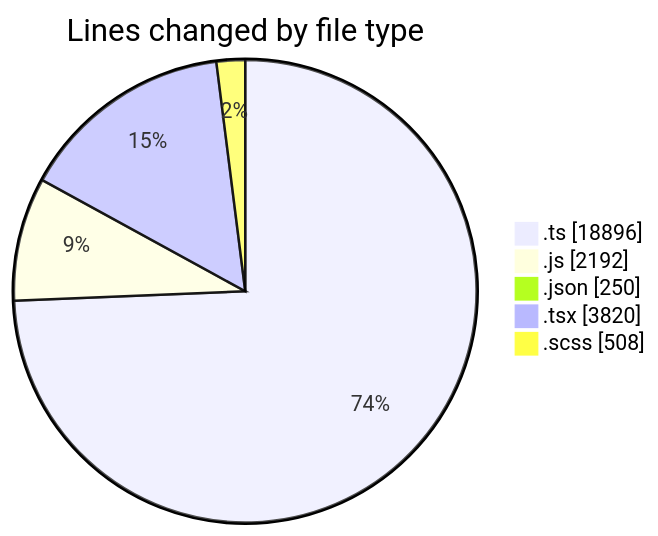
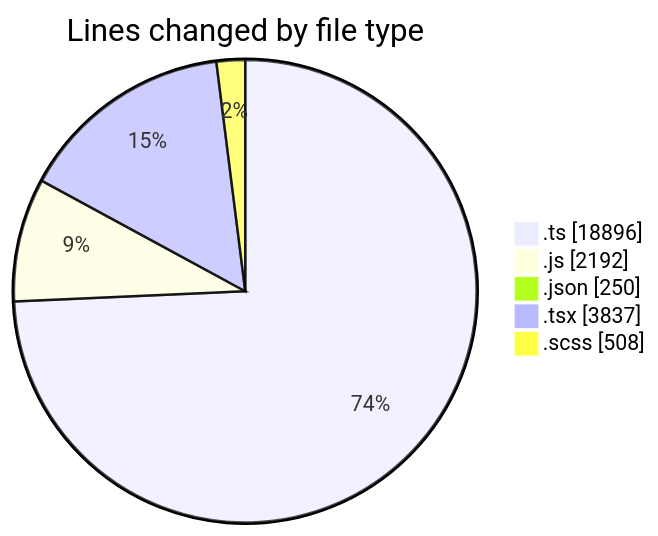
One commit to momahboobian/code-tracking changed the first of 2 diagrams in 2026-06-18/cda/README.md. Above: the diagram before and after it, drawn with Mermaid. The commit also changed other lines of this file and 1 other file, not shown here.

````diff
--- a/2026-06-18/cda/README.md
+++ b/2026-06-18/cda/README.md
@@ -70,9 +70,9 @@
 ```mermaid
 pie showData
 title Lines changed by file type
 ".ts" : 18896
 ".js" : 2192
 ".json" : 250
-".tsx" : 3820
+".tsx" : 3837
 ".scss" : 508
 ```
````
